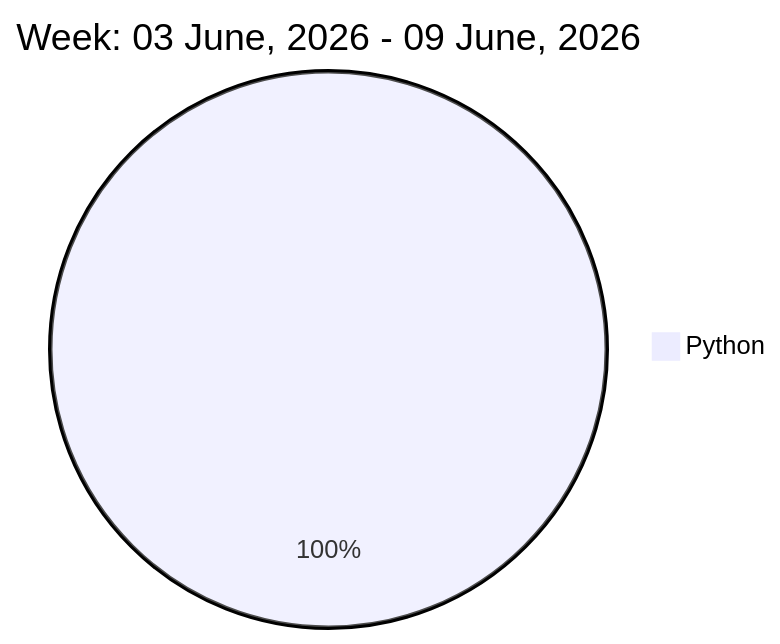
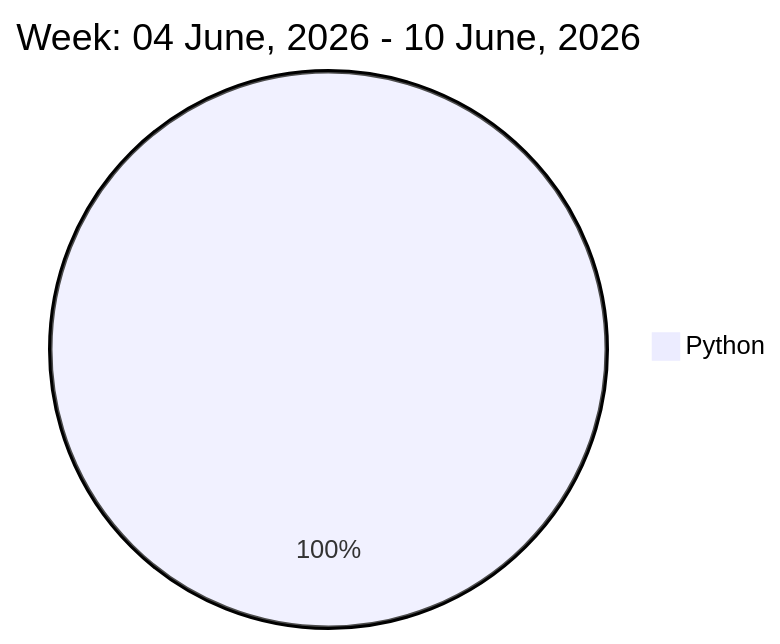
One commit to liubin95/liubin95 changed the diagram in README.md. Above: the diagram before and after it, drawn with Mermaid.

Commit message:
Updated the Graph with new Metrics

````diff
--- a/README.md
+++ b/README.md
@@ -32,5 +32,5 @@
 ```mermaid
  pie
-title Week: 03 June, 2026 - 09 June, 2026
- "Python" : 10.62
+title Week: 04 June, 2026 - 10 June, 2026
+ "Python" : 10.13
 ```
````
